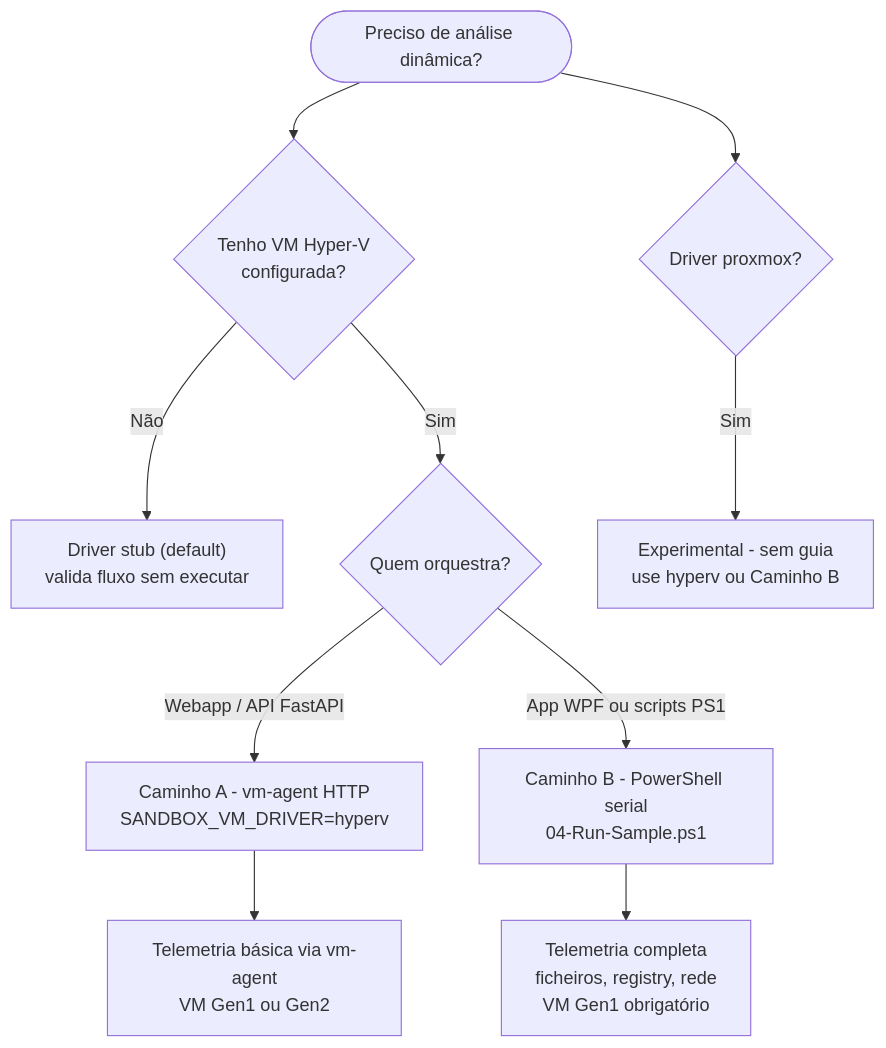
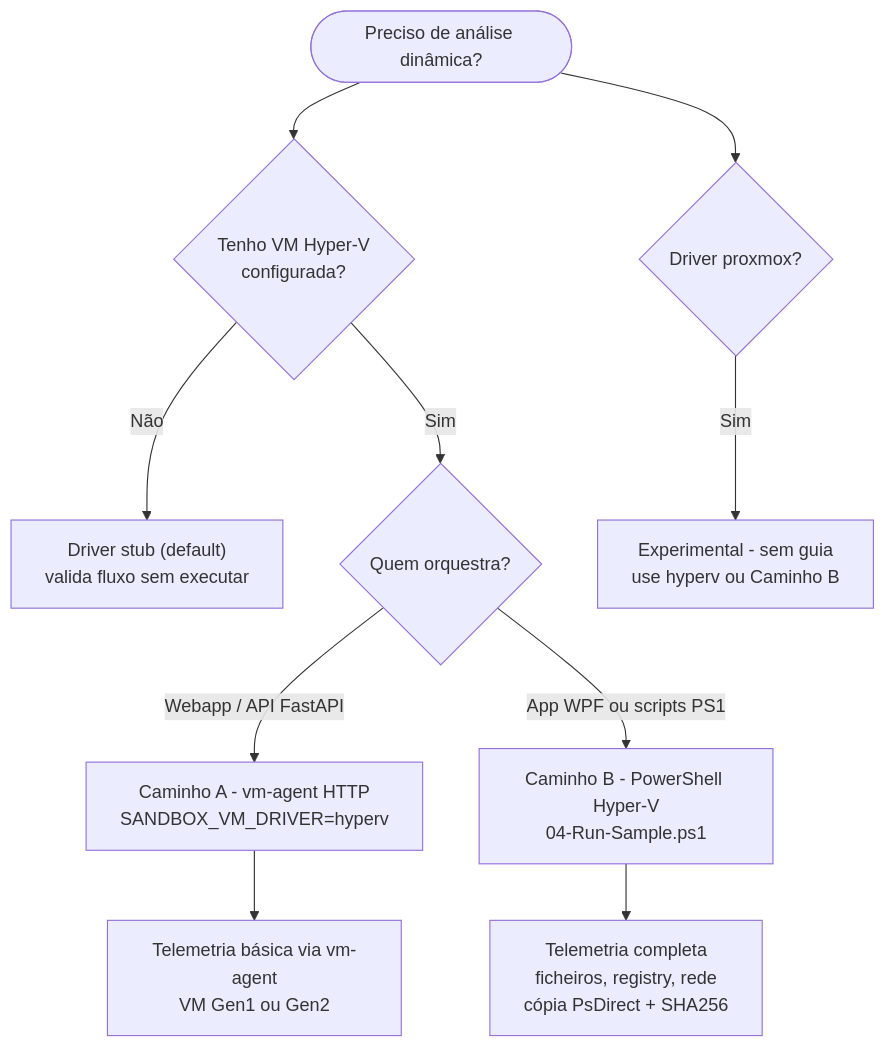
The diagram in README.md (tlxp/PROJETO), drawn with Mermaid before and after one commit. The commit also changed other lines of this file and 26 other files, not shown here.

````diff
--- a/README.md
+++ b/README.md
@@ -235,12 +235,12 @@
 ```mermaid
 flowchart TD
     START([Preciso de análise dinâmica?]) --> VM{Tenho VM Hyper-V<br/>configurada?}
     VM -->|Não| STUB["Driver stub (default)<br/>valida fluxo sem executar"]
     VM -->|Sim| WHO{Quem orquestra?}
     WHO -->|Webapp / API FastAPI| A["Caminho A - vm-agent HTTP<br/>SANDBOX_VM_DRIVER=hyperv"]
-    WHO -->|App WPF ou scripts PS1| B["Caminho B - PowerShell serial<br/>04-Run-Sample.ps1"]
+    WHO -->|App WPF ou scripts PS1| B["Caminho B - PowerShell Hyper-V<br/>04-Run-Sample.ps1"]
     A --> AGENT["Telemetria básica via vm-agent<br/>VM Gen1 ou Gen2"]
-    B --> SERIAL["Telemetria completa<br/>ficheiros, registry, rede<br/>VM Gen1 obrigatório"]
+    B --> PSDIRECT["Telemetria completa<br/>ficheiros, registry, rede<br/>cópia PsDirect + SHA256"]
     START --> PROX{"Driver proxmox?"}
     PROX -->|Sim| WARN["Experimental - sem guia<br/>use hyperv ou Caminho B"]
 ```
````
